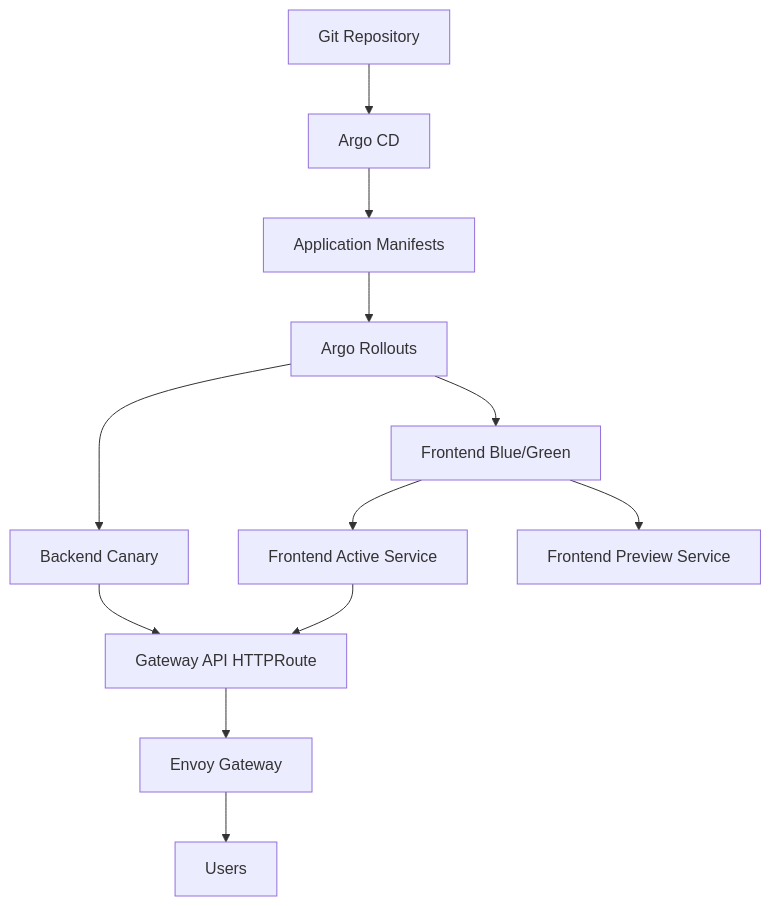
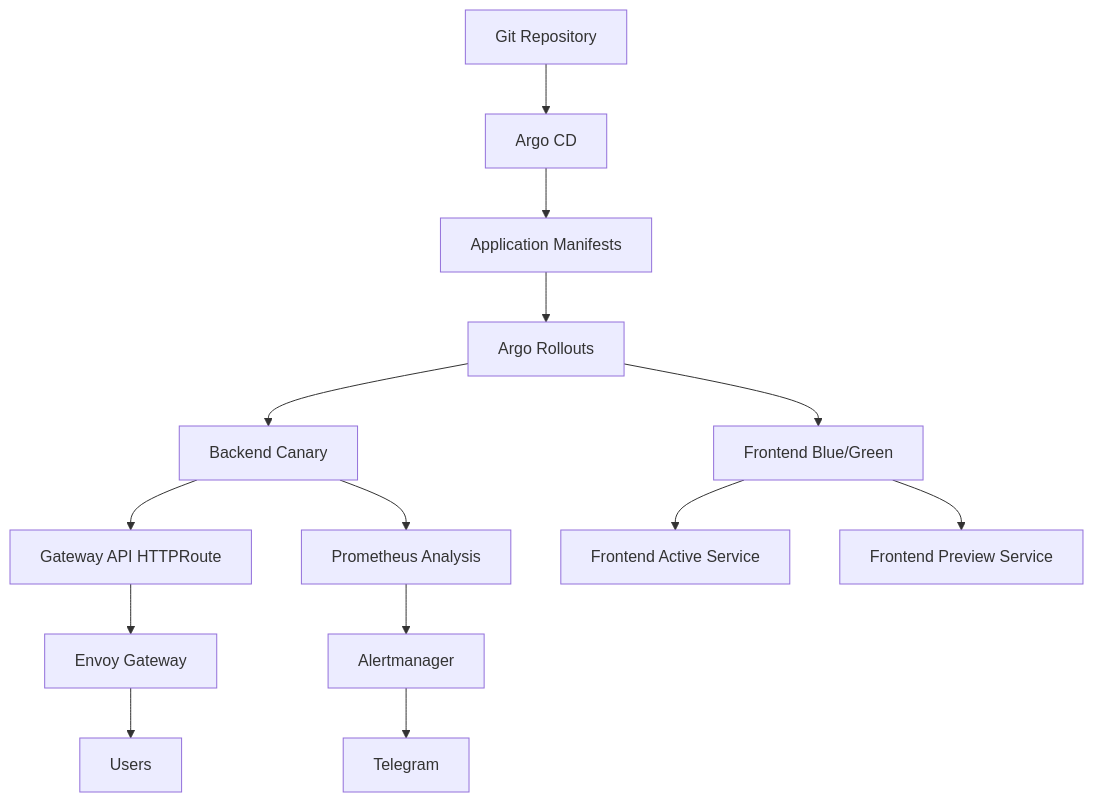
One commit to ahmed-sayed-devops/microservices-platform-gitops changed the first of 35 diagrams in docs/04-progressive-delivery/README.md. Above: the diagram before and after it, drawn with Mermaid. The commit also changed other lines of this file and 13 other files, not shown here.

Commit message:
docs: update progressive delivery and platform architecture

````diff
--- a/docs/04-progressive-delivery/README.md
+++ b/docs/04-progressive-delivery/README.md
@@ -22,14 +20,21 @@
 ```mermaid
 graph TD
+
     A["Git Repository"] --> B["Argo CD"]
     B --> C["Application Manifests"]
     C --> D["Argo Rollouts"]
+
     D --> E["Backend Canary"]
     D --> F["Frontend Blue/Green"]
+
     E --> G["Gateway API HTTPRoute"]
     G --> H["Envoy Gateway"]
     H --> I["Users"]
+
     F --> J["Frontend Active Service"]
-    J --> G
     F --> K["Frontend Preview Service"]
+
+    E --> L["Prometheus Analysis"]
+    L --> M["Alertmanager"]
+    M --> N["Telegram"]
 ```
````
